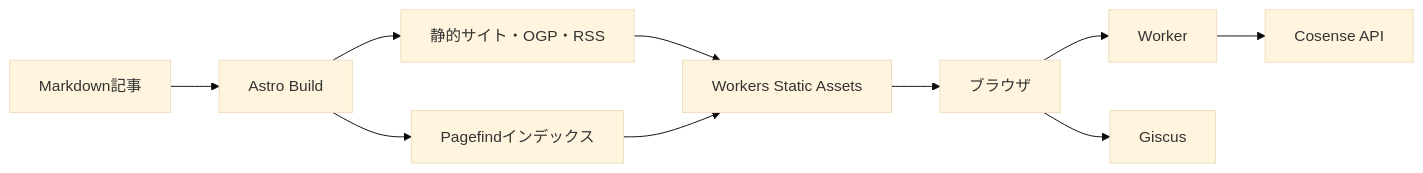
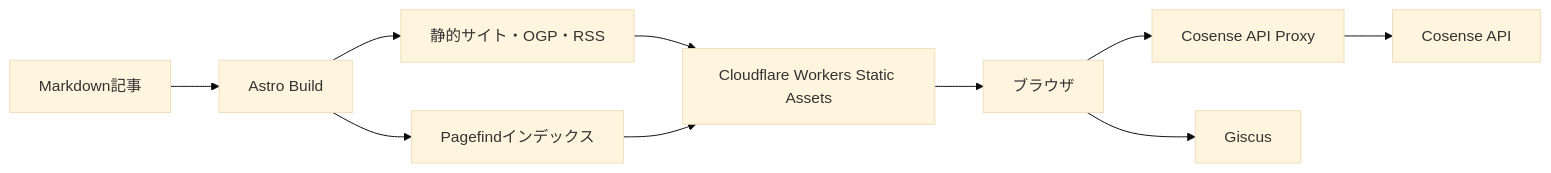
One commit to KJR020/kjr020-blog changed the diagram in README.md. Above: the diagram before and after it, drawn with Mermaid (base theme). The commit also changed other lines of this file and 6 other files, not shown here.

````diff
--- a/README.md
+++ b/README.md
@@ -38,12 +38,12 @@
 ```mermaid
 graph LR
     M[Markdown記事] --> A[Astro Build]
     A --> D[静的サイト・OGP・RSS]
     A --> P[Pagefindインデックス]
-    D --> C[Workers Static Assets]
+    D --> C[Cloudflare Workers Static Assets]
     P --> C
     C --> B[ブラウザ]
-    B --> F[Worker]
+    B --> F[Cosense API Proxy]
     F --> S[Cosense API]
     B --> G[Giscus]
 ```
````
